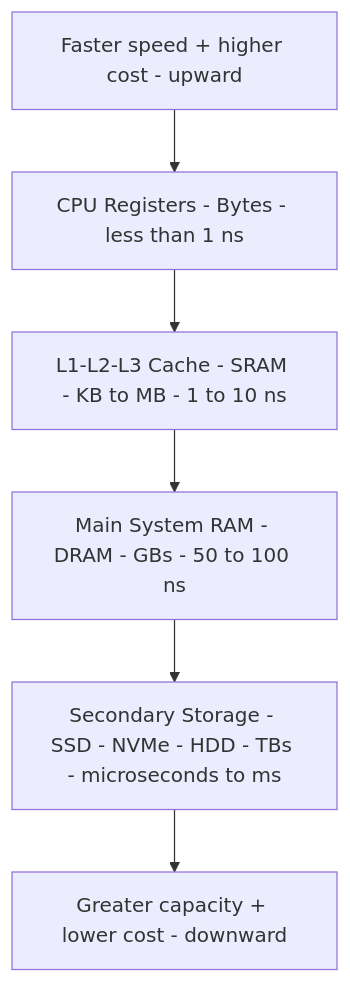
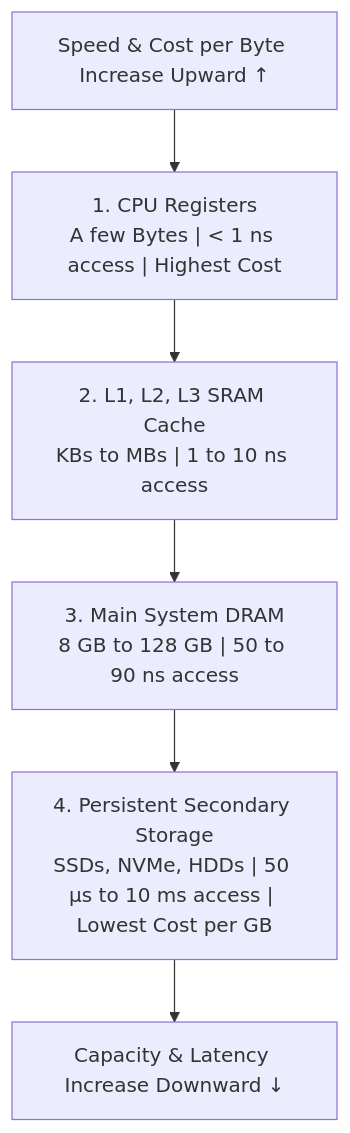
One commit to 1345AbhishekKumar/cs-cookbook changed the first of 3 diagrams in content/docs/computer-basics/it-support/08-memory-hierarchy-ram-rom.mdx. Above: the diagram before and after it, drawn with Mermaid. The commit also changed other lines of this file and 299 other files, not shown here.

````diff
--- a/content/docs/computer-basics/it-support/08-memory-hierarchy-ram-rom.mdx
+++ b/content/docs/computer-basics/it-support/08-memory-hierarchy-ram-rom.mdx
@@ -80,8 +51,9 @@
 ```mermaid
 flowchart TD
-  R["CPU Registers - Bytes - less than 1 ns"] --> L1["L1-L2-L3 Cache - SRAM - KB to MB - 1 to 10 ns"]
-  L1 --> RAM["Main System RAM - DRAM - GBs - 50 to 100 ns"]
-  RAM --> DISK["Secondary Storage - SSD - NVMe - HDD - TBs - microseconds to ms"]
-  SPEED["Faster speed + higher cost - upward"] --> R
-  DISK --> CAP["Greater capacity + lower cost - downward"]
+  R["1. CPU Registers<br/>A few Bytes | < 1 ns access | Highest Cost"] --> L1["2. L1, L2, L3 SRAM Cache<br/>KBs to MBs | 1 to 10 ns access"]
+  L1 --> RAM["3. Main System DRAM<br/>8 GB to 128 GB | 50 to 90 ns access"]
+  RAM --> DISK["4. Persistent Secondary Storage<br/>SSDs, NVMe, HDDs | 50 µs to 10 ms access | Lowest Cost per GB"]
+
+  SPEED["Speed & Cost per Byte Increase Upward ↑"] --> R
+  DISK --> CAP["Capacity & Latency Increase Downward ↓"]
 ```
````
